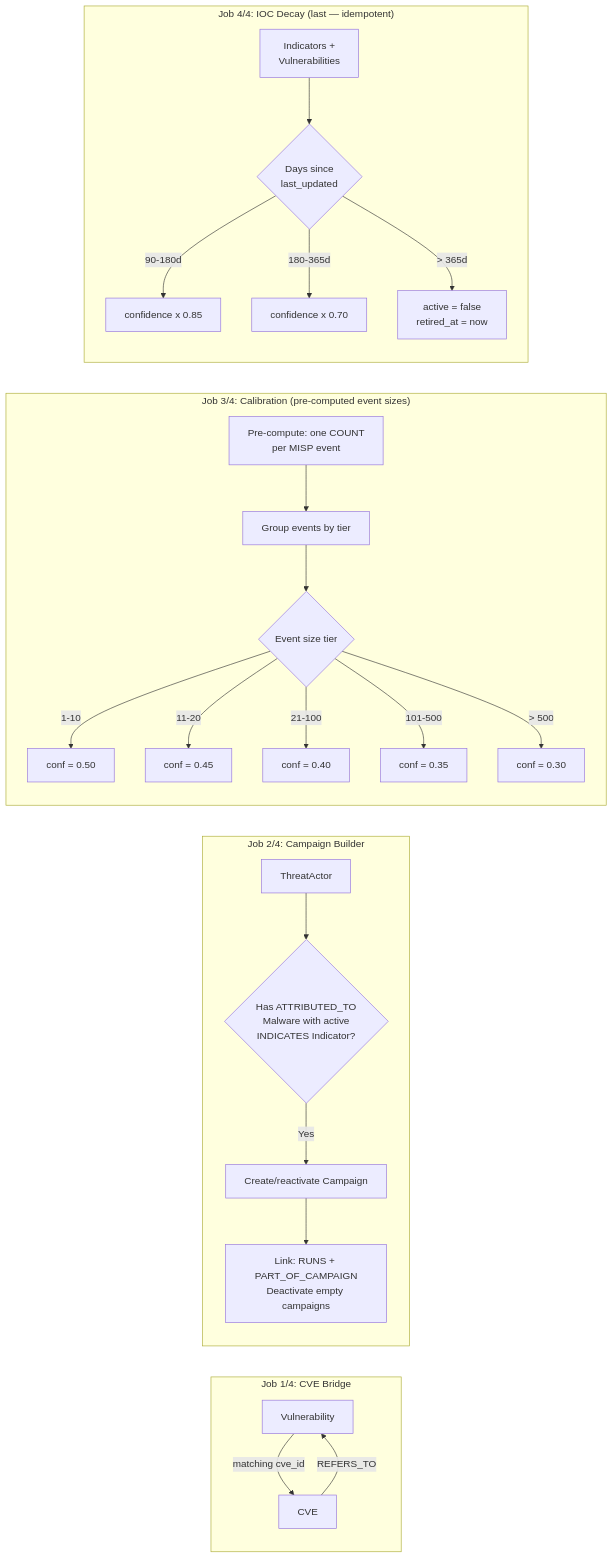
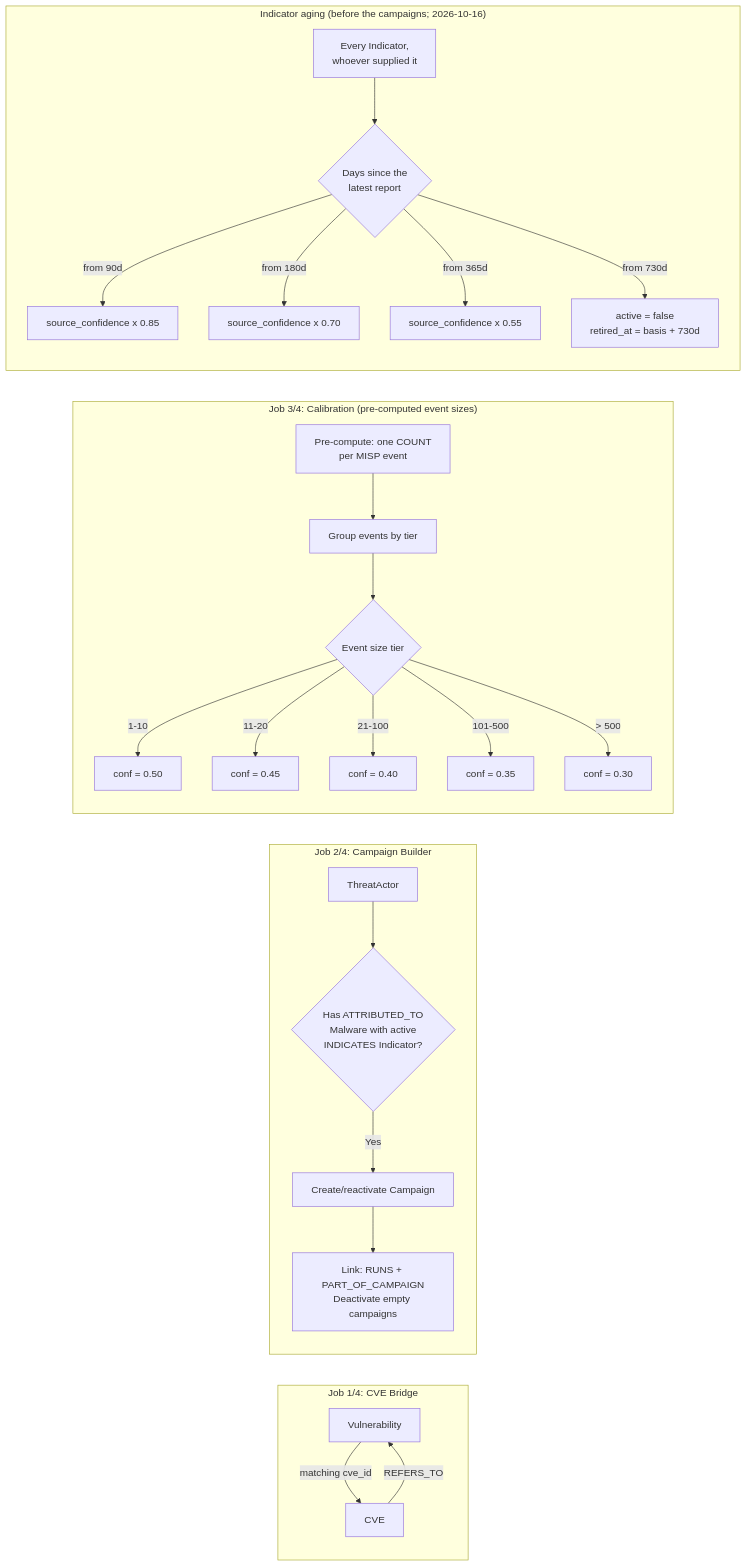
One commit to Kopanov/EdgeGuard-Knowledge-Graph changed the eighth of 8 diagrams in docs/ARCHITECTURE_DIAGRAMS.md. Above: the diagram before and after it, drawn with Mermaid. The commit also changed other lines of this file and 48 other files, not shown here.

````diff
--- a/docs/ARCHITECTURE_DIAGRAMS.md
+++ b/docs/ARCHITECTURE_DIAGRAMS.md
@@ -295,30 +295,31 @@
 ```mermaid
 flowchart LR
     subgraph "Job 1/4: CVE Bridge"
         BR1[Vulnerability] -->|matching cve_id| BR2[CVE]
         BR2 -->|REFERS_TO| BR1
     end
 
     subgraph "Job 2/4: Campaign Builder"
         CB1[ThreatActor] --> CB2{Has ATTRIBUTED_TO<br/>Malware with active<br/>INDICATES Indicator?}
         CB2 -->|Yes| CB3[Create/reactivate Campaign]
         CB3 --> CB4[Link: RUNS + PART_OF_CAMPAIGN<br/>Deactivate empty campaigns]
     end
 
     subgraph "Job 3/4: Calibration (pre-computed event sizes)"
         CAL0[Pre-compute: one COUNT<br/>per MISP event] --> CAL1[Group events by tier]
         CAL1 --> CAL2{Event size tier}
         CAL2 -->|1-10| CAL3[conf = 0.50]
         CAL2 -->|11-20| CAL3b[conf = 0.45]
         CAL2 -->|21-100| CAL4[conf = 0.40]
         CAL2 -->|101-500| CAL5[conf = 0.35]
         CAL2 -->|> 500| CAL6[conf = 0.30]
     end
 
-    subgraph "Job 4/4: IOC Decay (last — idempotent)"
-        D1[Indicators +<br/>Vulnerabilities] --> D2{Days since<br/>last_updated}
-        D2 -->|90-180d| D3[confidence x 0.85]
-        D2 -->|180-365d| D4[confidence x 0.70]
-        D2 -->|> 365d| D5[active = false<br/>retired_at = now]
+    subgraph "Indicator aging (before the campaigns; 2026-10-16)"
+        D1[Every Indicator,<br/>whoever supplied it] --> D2{Days since the<br/>latest report}
+        D2 -->|from 90d| D3[source_confidence x 0.85]
+        D2 -->|from 180d| D4[source_confidence x 0.70]
+        D2 -->|from 365d| D6[source_confidence x 0.55]
+        D2 -->|from 730d| D5[active = false<br/>retired_at = basis + 730d]
     end
 ```
````
